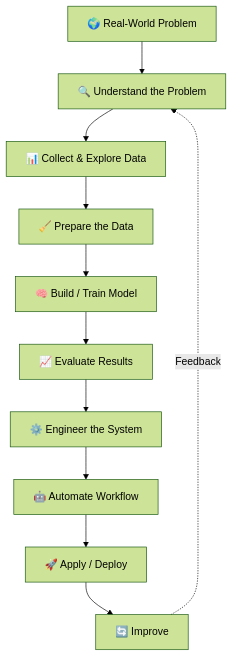
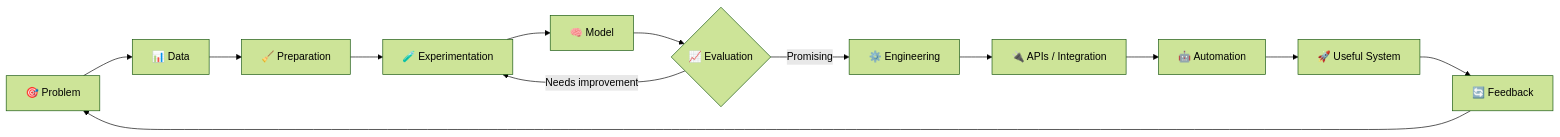
Before and after one commit to Muhammad-Riyan1/Muhammad-Riyan1: the third of 6 diagrams in README.md, drawn with Mermaid (forest theme). The commit also changed other lines of this file, not shown here.

````diff
--- a/README.md
+++ b/README.md
@@ -274,24 +226,28 @@
 ```mermaid
-flowchart TD
-    A["🌍 Real-World Problem"]
-    B["🔍 Understand the Problem"]
-    C["📊 Collect & Explore Data"]
-    D["🧹 Prepare the Data"]
-    E["🧠 Build / Train Model"]
-    F["📈 Evaluate Results"]
-    G["⚙️ Engineer the System"]
-    H["🤖 Automate Workflow"]
-    I["🚀 Apply / Deploy"]
-    J["🔄 Improve"]
+flowchart LR
 
-    A --> B
-    B --> C
-    C --> D
-    D --> E
-    E --> F
-    F --> G
-    G --> H
-    H --> I
-    I --> J
-    J -. Feedback .-> B
+    P["🎯 Problem"]
+    --> D["📊 Data"]
+
+    D --> PREP["🧹 Preparation"]
+
+    PREP --> EXP["🧪 Experimentation"]
+
+    EXP --> MODEL["🧠 Model"]
+
+    MODEL --> EVAL{"📈 Evaluation"}
+
+    EVAL -->|"Needs improvement"| EXP
+
+    EVAL -->|"Promising"| ENG["⚙️ Engineering"]
+
+    ENG --> API["🔌 APIs / Integration"]
+
+    API --> AUTO["🤖 Automation"]
+
+    AUTO --> APP["🚀 Useful System"]
+
+    APP --> FEEDBACK["🔄 Feedback"]
+
+    FEEDBACK --> P
 ```
````
